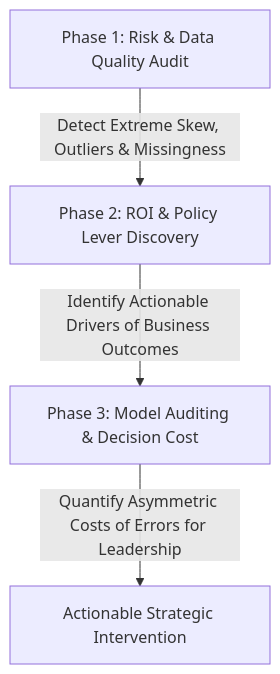
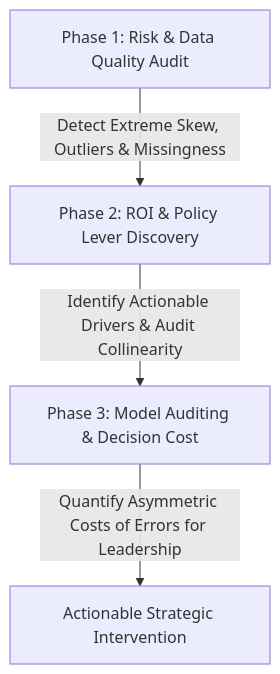
Before and after one commit to iPablo26/Third-Semester-Baraka-2026---Data-Science: the first of 2 diagrams in README.md, drawn with Mermaid. The commit also changed other lines of this file and 4 other files, not shown here.

Commit message:
feat(session-2): add Phase 2 business lever plots, collinearity audit, and portfolio README update

````diff
--- a/README.md
+++ b/README.md
@@ -81,6 +85,6 @@
 ```mermaid
-graph TD
+flowchart TD
     A["Phase 1: Risk & Data Quality Audit"] -->|"Detect Extreme Skew, Outliers & Missingness"| B["Phase 2: ROI & Policy Lever Discovery"]
-    B -->|"Identify Actionable Drivers of Business Outcomes"| C["Phase 3: Model Auditing & Decision Cost"]
+    B -->|"Identify Actionable Drivers & Audit Collinearity"| C["Phase 3: Model Auditing & Decision Cost"]
     C -->|"Quantify Asymmetric Costs of Errors for Leadership"| D["Actionable Strategic Intervention"]
 ```
````
